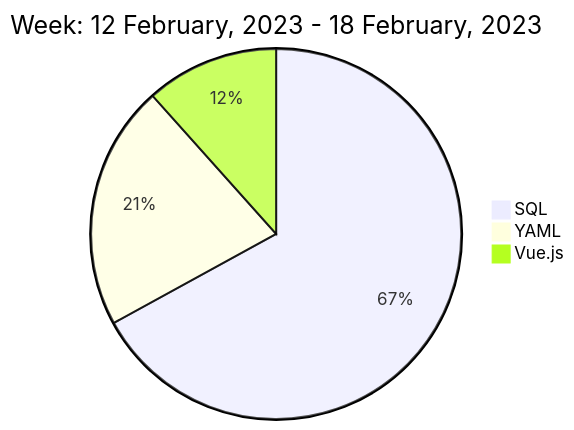
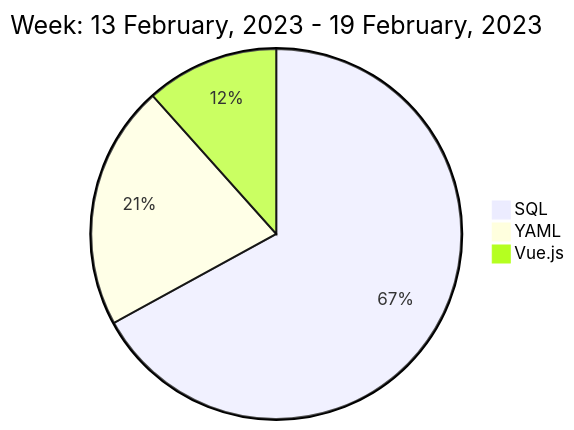
The diagram in README.md (liubin95/liubin95), drawn with Mermaid before and after one commit.

Commit message:
Updated the Graph with new Metrics

````diff
--- a/README.md
+++ b/README.md
@@ -40,7 +40,7 @@
 ```mermaid
  pie
-title Week: 12 February, 2023 - 18 February, 2023
+title Week: 13 February, 2023 - 19 February, 2023
  "SQL" : 4.33
  "YAML" : 1.38
  "Vue.js" : 0.75
 ```
````
